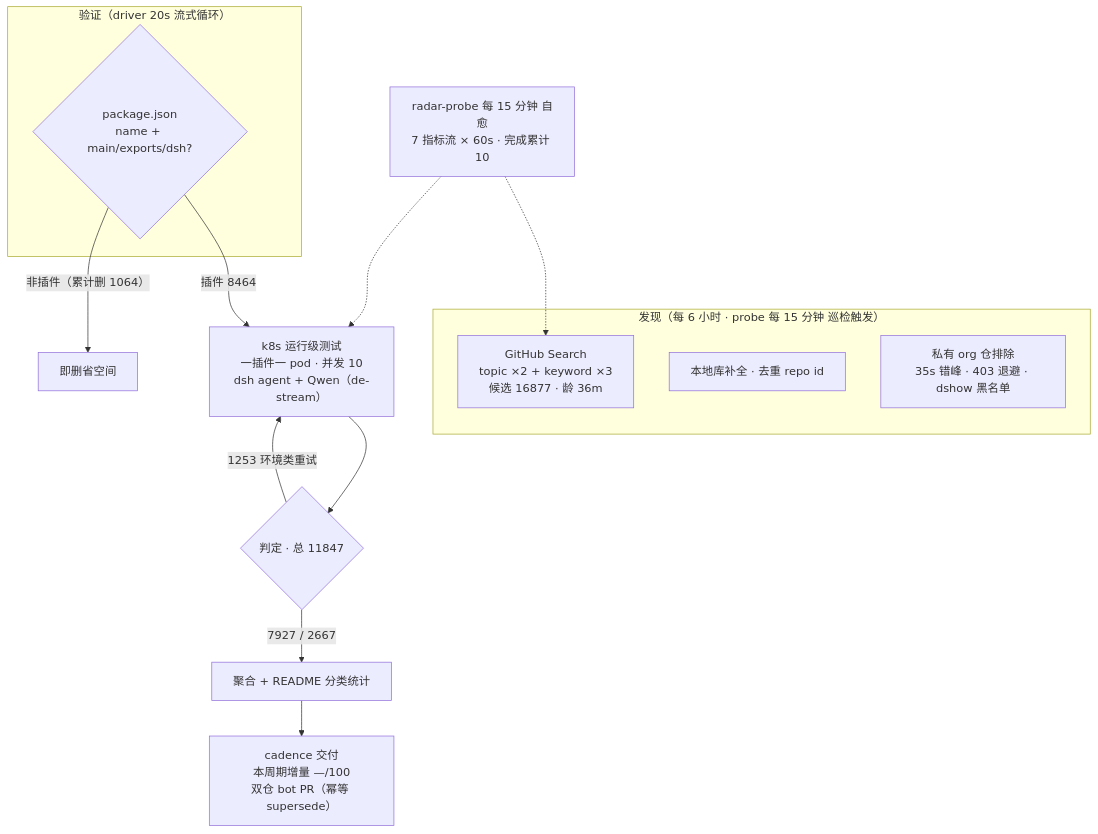
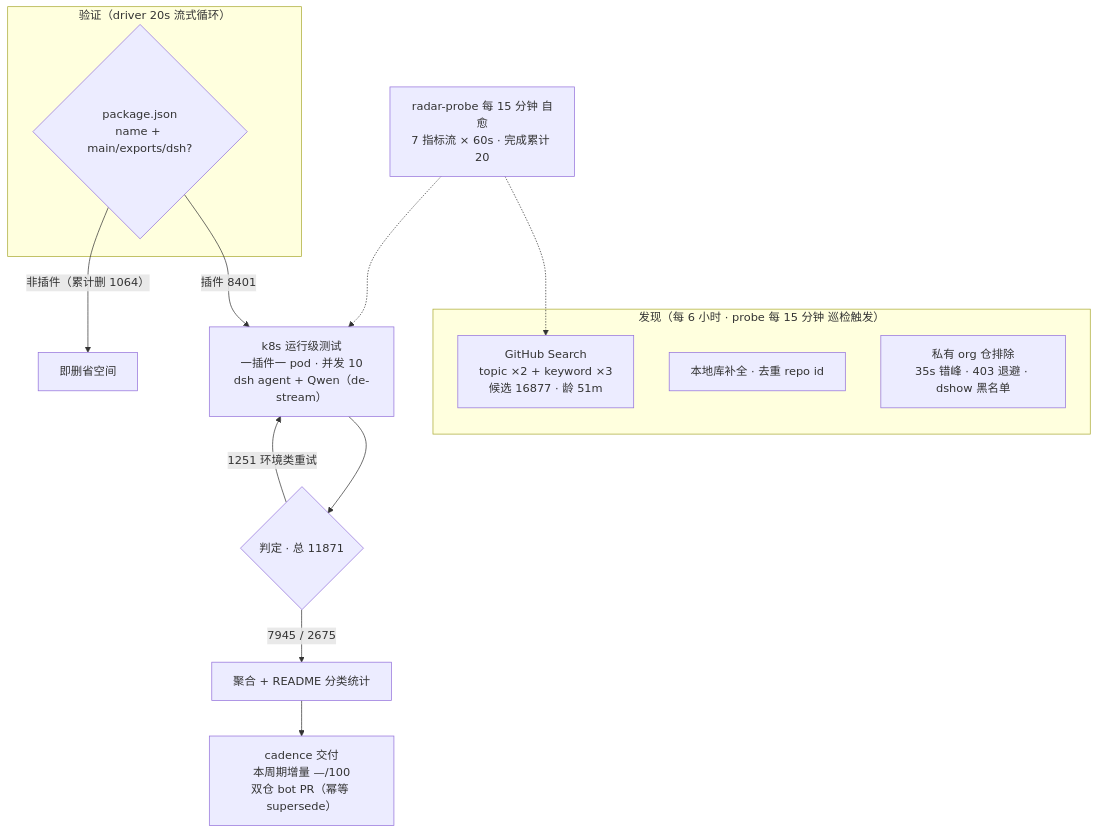
Before and after one commit to Zhidao-Lab-OSS/awesome-dsh-plugins: the diagram in README.md, drawn with Mermaid. The commit also changed other lines of this file and 1 other file, not shown here.

````diff
--- a/README.md
+++ b/README.md
@@ -52,20 +52,20 @@
 ```mermaid
 flowchart TB
     subgraph Discovery["发现（每 6 小时 · probe 每 15 分钟 巡检触发）"]
-        A1["GitHub Search<br/>topic ×2 + keyword ×3<br/>候选 16877 · 龄 36m"]
+        A1["GitHub Search<br/>topic ×2 + keyword ×3<br/>候选 16877 · 龄 51m"]
         A2["本地库补全 · 去重 repo id"]
         A3["私有 org 仓排除<br/>35s 错峰 · 403 退避 · dshow 黑名单"]
     end
     subgraph Validation["验证（driver 20s 流式循环）"]
         B1{"package.json<br/>name + main/exports/dsh?"}
     end
-    B1 -->|"插件 8464"| C1["k8s 运行级测试<br/>一插件一 pod · 并发 10<br/>dsh agent + Qwen（de-stream）"]
+    B1 -->|"插件 8401"| C1["k8s 运行级测试<br/>一插件一 pod · 并发 10<br/>dsh agent + Qwen（de-stream）"]
     B1 -->|"非插件（累计删 1064）"| B3["即删省空间"]
-    C1 --> D1{"判定 · 总 11847"}
-    D1 -->|"7927 / 2667"| E1["聚合 + README 分类统计"]
-    D1 -->|"1253 环境类重试"| C1
+    C1 --> D1{"判定 · 总 11871"}
+    D1 -->|"7945 / 2675"| E1["聚合 + README 分类统计"]
+    D1 -->|"1251 环境类重试"| C1
     E1 --> E2["cadence 交付<br/>本周期增量 —/100<br/>双仓 bot PR（幂等 supersede）"]
-    M["radar-probe 每 15 分钟 自愈<br/>7 指标流 × 60s · 完成累计 10"]
+    M["radar-probe 每 15 分钟 自愈<br/>7 指标流 × 60s · 完成累计 20"]
     M -.-> A1
     M -.-> C1
 ```
````
